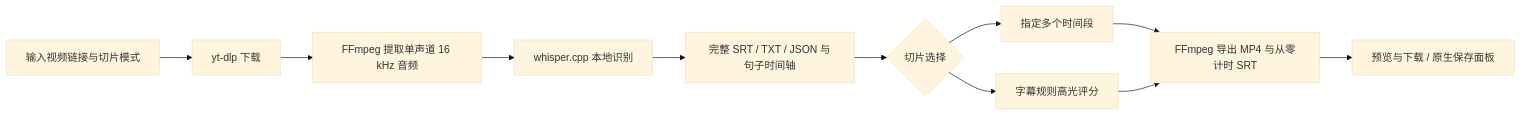
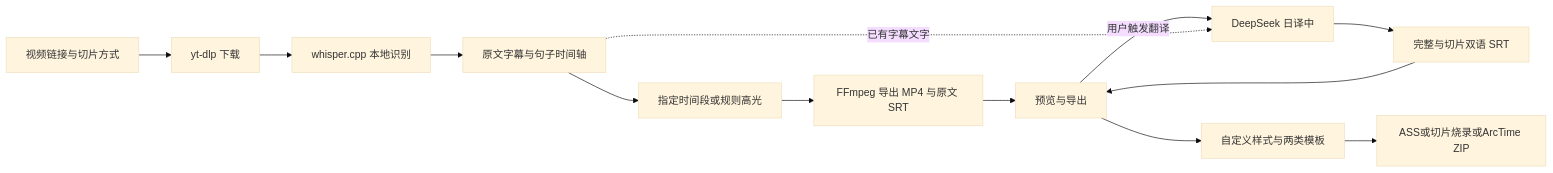
One commit to Nyaruverse/nyaru-clipper changed the diagram in docs/project-handoff.zh-CN.md. Above: the diagram before and after it, drawn with Mermaid (base theme). The commit also changed other lines of this file and 15 other files, not shown here.

````diff
--- a/docs/project-handoff.zh-CN.md
+++ b/docs/project-handoff.zh-CN.md
@@ -73,13 +113,15 @@
 ```mermaid
 flowchart LR
-    U[输入视频链接与切片模式] --> D[yt-dlp 下载]
-    D --> A[FFmpeg 提取单声道 16 kHz 音频]
-    A --> W[whisper.cpp 本地识别]
-    W --> T[完整 SRT / TXT / JSON 与句子时间轴]
-    T --> S{切片选择}
-    S --> R[指定多个时间段]
-    S --> H[字幕规则高光评分]
-    R --> E[FFmpeg 导出 MP4 与从零计时 SRT]
-    H --> E
-    E --> P[预览与下载 / 原生保存面板]
+    U[视频链接与切片方式] --> D[yt-dlp 下载]
+    D --> A[whisper.cpp 本地识别]
+    A --> T[原文字幕与句子时间轴]
+    T --> S[指定时间段或规则高光]
+    S --> E[FFmpeg 导出 MP4 与原文 SRT]
+    E --> P[预览与导出]
+    P -->|用户触发翻译| L[DeepSeek 日译中]
+    T -.已有字幕文字.-> L
+    L --> B[完整与切片双语 SRT]
+    B --> P
+    P --> C[自定义样式与两类模板]
+    C --> X[ASS或切片烧录或ArcTime ZIP]
 ```
````
